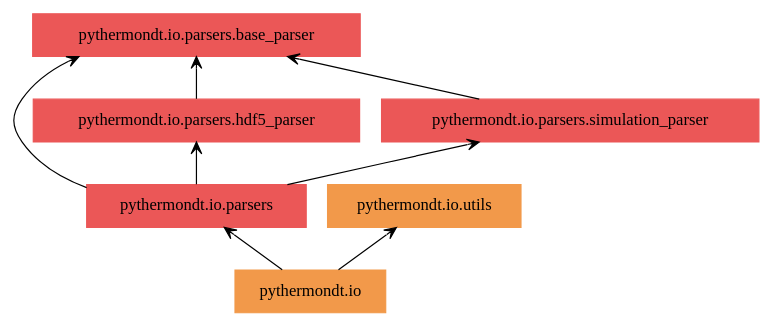
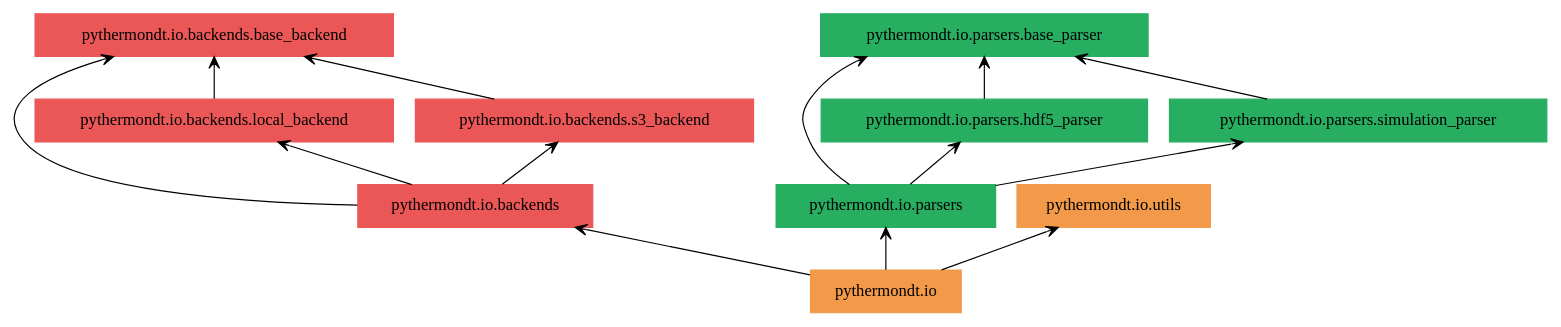
One commit to voidsy-gmbh/pyThermoNDT changed the diagram in docs/pyreverse/graphviz/packages_pythermondt.io.gv. Above: the diagram before and after it, drawn with Graphviz. The commit also changed 26 other files, not shown here.

```diff
--- a/docs/pyreverse/graphviz/packages_pythermondt.io.gv
+++ b/docs/pyreverse/graphviz/packages_pythermondt.io.gv
@@ -1,17 +1,27 @@
 digraph "packages_pythermondt.io" {
 rankdir=BT
 charset="utf-8"
 "pythermondt.io" [color="#F2994A", label=<pythermondt.io>, shape="box", style="filled"];
-"pythermondt.io.parsers" [color="#EB5757", label=<pythermondt.io.parsers>, shape="box", style="filled"];
-"pythermondt.io.parsers.base_parser" [color="#EB5757", label=<pythermondt.io.parsers.base_parser>, shape="box", style="filled"];
-"pythermondt.io.parsers.hdf5_parser" [color="#EB5757", label=<pythermondt.io.parsers.hdf5_parser>, shape="box", style="filled"];
-"pythermondt.io.parsers.simulation_parser" [color="#EB5757", label=<pythermondt.io.parsers.simulation_parser>, shape="box", style="filled"];
+"pythermondt.io.backends" [color="#EB5757", label=<pythermondt.io.backends>, shape="box", style="filled"];
+"pythermondt.io.backends.base_backend" [color="#EB5757", label=<pythermondt.io.backends.base_backend>, shape="box", style="filled"];
+"pythermondt.io.backends.local_backend" [color="#EB5757", label=<pythermondt.io.backends.local_backend>, shape="box", style="filled"];
+"pythermondt.io.backends.s3_backend" [color="#EB5757", label=<pythermondt.io.backends.s3_backend>, shape="box", style="filled"];
+"pythermondt.io.parsers" [color="#27AE60", label=<pythermondt.io.parsers>, shape="box", style="filled"];
+"pythermondt.io.parsers.base_parser" [color="#27AE60", label=<pythermondt.io.parsers.base_parser>, shape="box", style="filled"];
+"pythermondt.io.parsers.hdf5_parser" [color="#27AE60", label=<pythermondt.io.parsers.hdf5_parser>, shape="box", style="filled"];
+"pythermondt.io.parsers.simulation_parser" [color="#27AE60", label=<pythermondt.io.parsers.simulation_parser>, shape="box", style="filled"];
 "pythermondt.io.utils" [color="#F2994A", label=<pythermondt.io.utils>, shape="box", style="filled"];
+"pythermondt.io" -> "pythermondt.io.backends" [arrowhead="open", arrowtail="none"];
 "pythermondt.io" -> "pythermondt.io.parsers" [arrowhead="open", arrowtail="none"];
 "pythermondt.io" -> "pythermondt.io.utils" [arrowhead="open", arrowtail="none"];
+"pythermondt.io.backends" -> "pythermondt.io.backends.base_backend" [arrowhead="open", arrowtail="none"];
+"pythermondt.io.backends" -> "pythermondt.io.backends.local_backend" [arrowhead="open", arrowtail="none"];
+"pythermondt.io.backends" -> "pythermondt.io.backends.s3_backend" [arrowhead="open", arrowtail="none"];
+"pythermondt.io.backends.local_backend" -> "pythermondt.io.backends.base_backend" [arrowhead="open", arrowtail="none"];
+"pythermondt.io.backends.s3_backend" -> "pythermondt.io.backends.base_backend" [arrowhead="open", arrowtail="none"];
 "pythermondt.io.parsers" -> "pythermondt.io.parsers.base_parser" [arrowhead="open", arrowtail="none"];
 "pythermondt.io.parsers" -> "pythermondt.io.parsers.hdf5_parser" [arrowhead="open", arrowtail="none"];
 "pythermondt.io.parsers" -> "pythermondt.io.parsers.simulation_parser" [arrowhead="open", arrowtail="none"];
 "pythermondt.io.parsers.hdf5_parser" -> "pythermondt.io.parsers.base_parser" [arrowhead="open", arrowtail="none"];
 "pythermondt.io.parsers.simulation_parser" -> "pythermondt.io.parsers.base_parser" [arrowhead="open", arrowtail="none"];
 }
```
